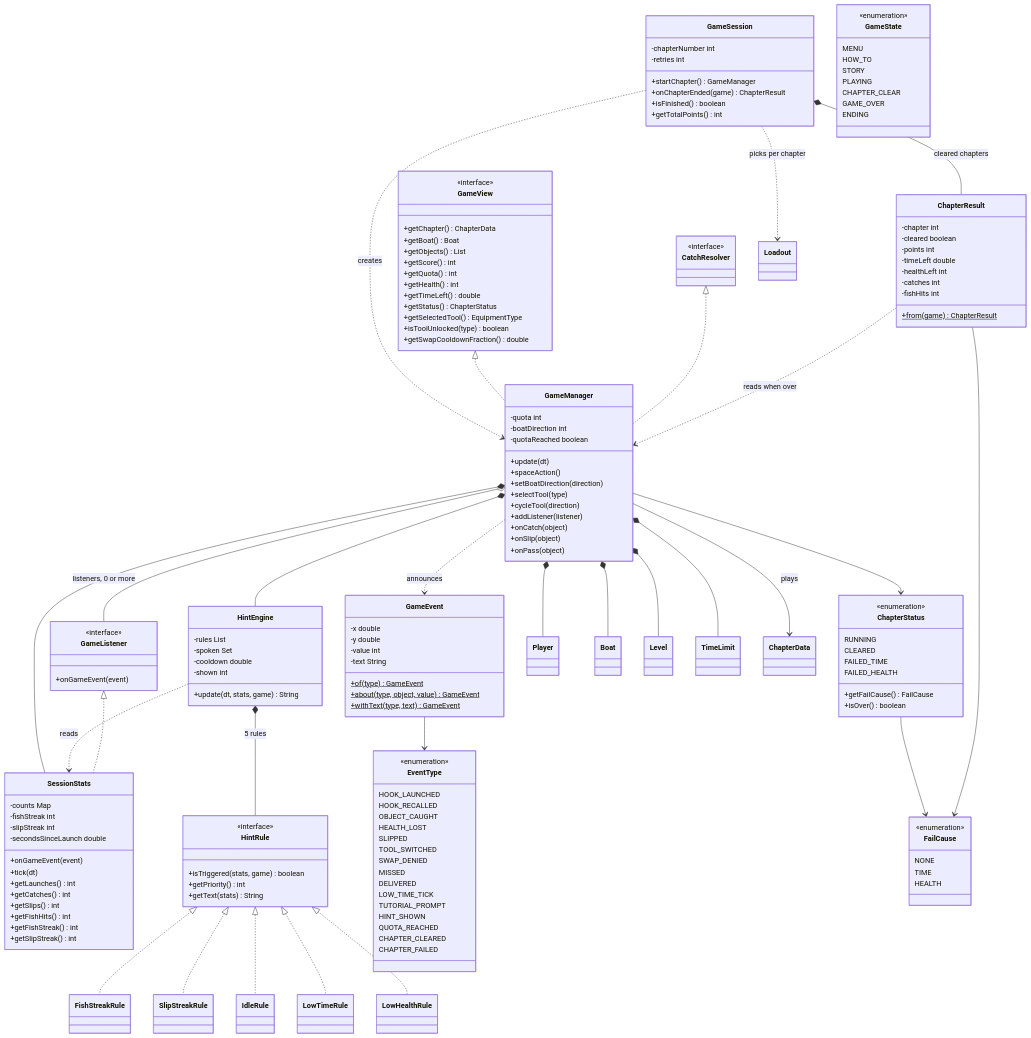
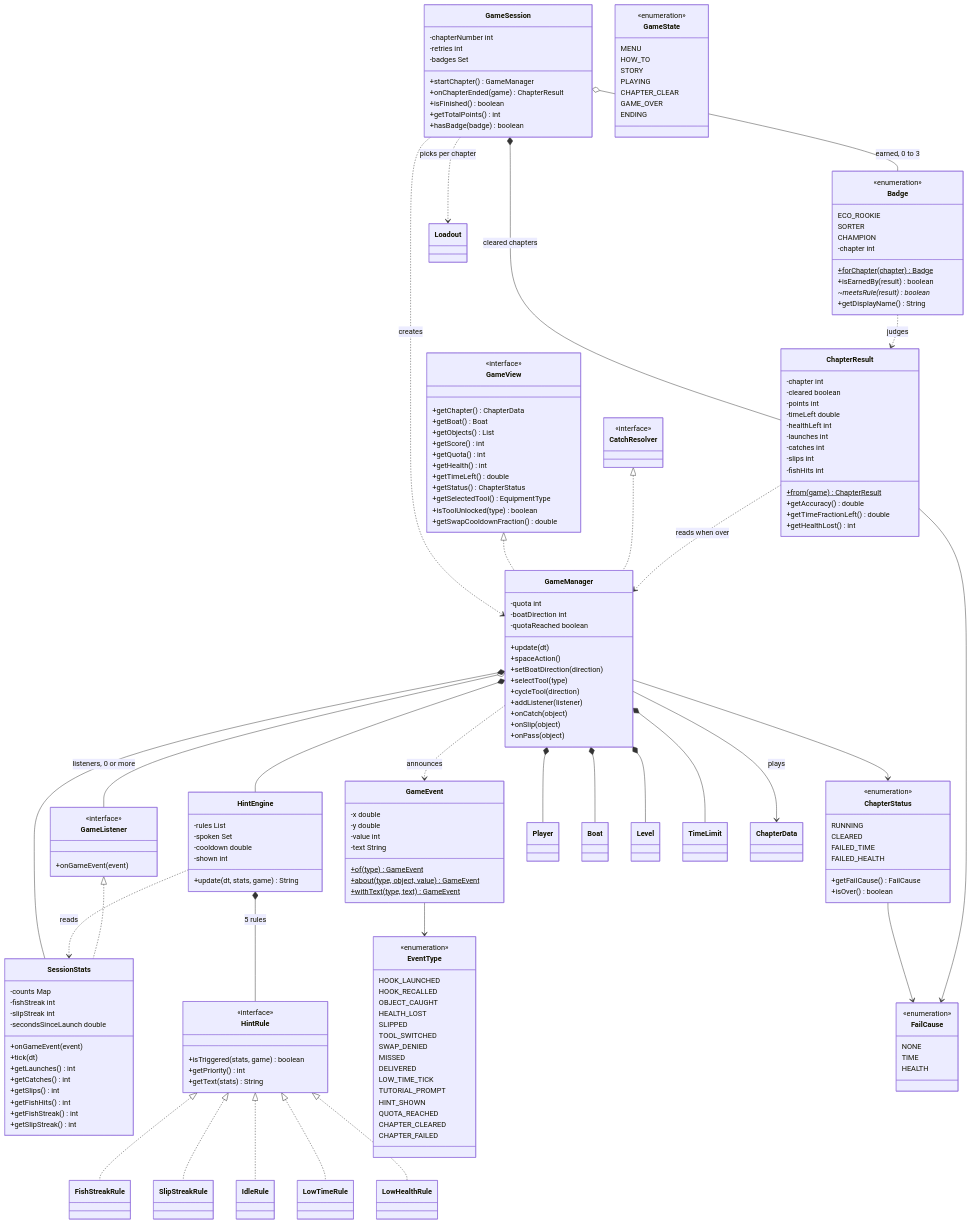
Before and after one commit to NJJAV33/Fish2trash: the fourth of 6 diagrams in docs/class-diagram.md, drawn with Mermaid. The commit also changed other lines of this file and 16 other files, not shown here.

First line of the commit message:
feat(game): award chapter badges

```diff
--- a/docs/class-diagram.md
+++ b/docs/class-diagram.md
@@ -344,10 +344,12 @@
     class GameSession {
         -chapterNumber int
         -retries int
+        -badges Set
         +startChapter() GameManager
         +onChapterEnded(game) ChapterResult
         +isFinished() boolean
         +getTotalPoints() int
+        +hasBadge(badge) boolean
     }
 
     class GameManager {
@@ -477,9 +479,26 @@
         -points int
         -timeLeft double
         -healthLeft int
+        -launches int
         -catches int
+        -slips int
         -fishHits int
         +from(game)$ ChapterResult
+        +getAccuracy() double
+        +getTimeFractionLeft() double
+        +getHealthLost() int
+    }
+
+    class Badge {
+        <<enumeration>>
+        ECO_ROOKIE
+        SORTER
+        CHAMPION
+        -chapter int
+        +forChapter(chapter)$ Badge
+        +isEarnedBy(result) boolean
+        ~meetsRule(result)* boolean
+        +getDisplayName() String
     }
 
     class GameState {
@@ -502,6 +521,8 @@
 
     GameSession ..> GameManager : creates
     GameSession *-- ChapterResult : cleared chapters
+    GameSession o-- Badge : earned, 0 to 3
+    Badge ..> ChapterResult : judges
     GameSession ..> Loadout : picks per chapter
     GameView <|.. GameManager
     CatchResolver <|.. GameManager
```
